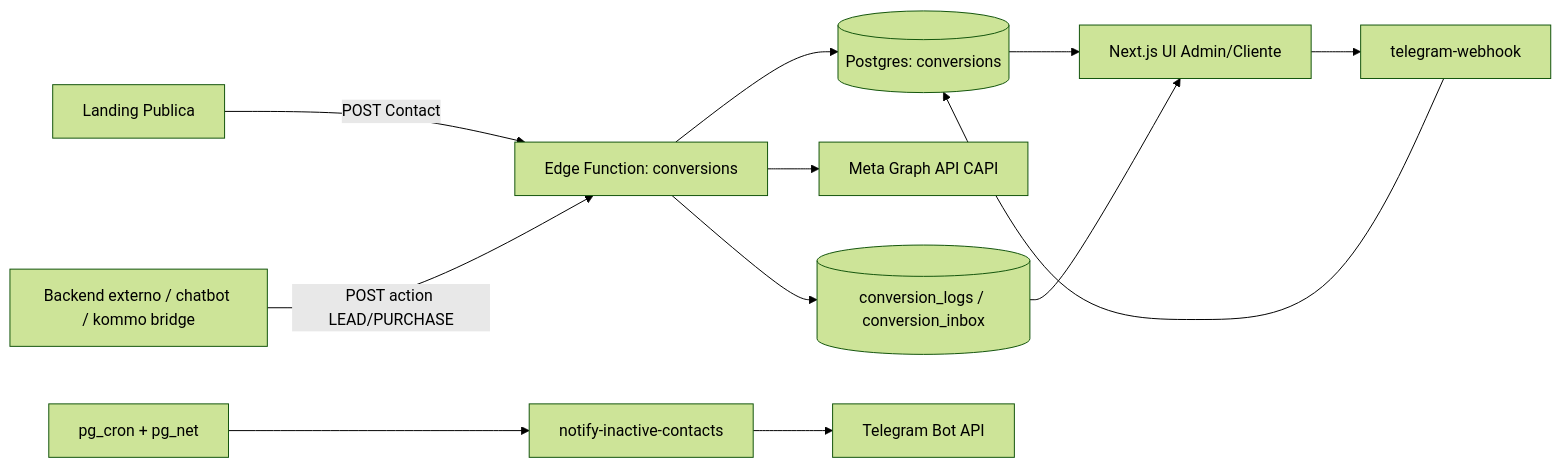
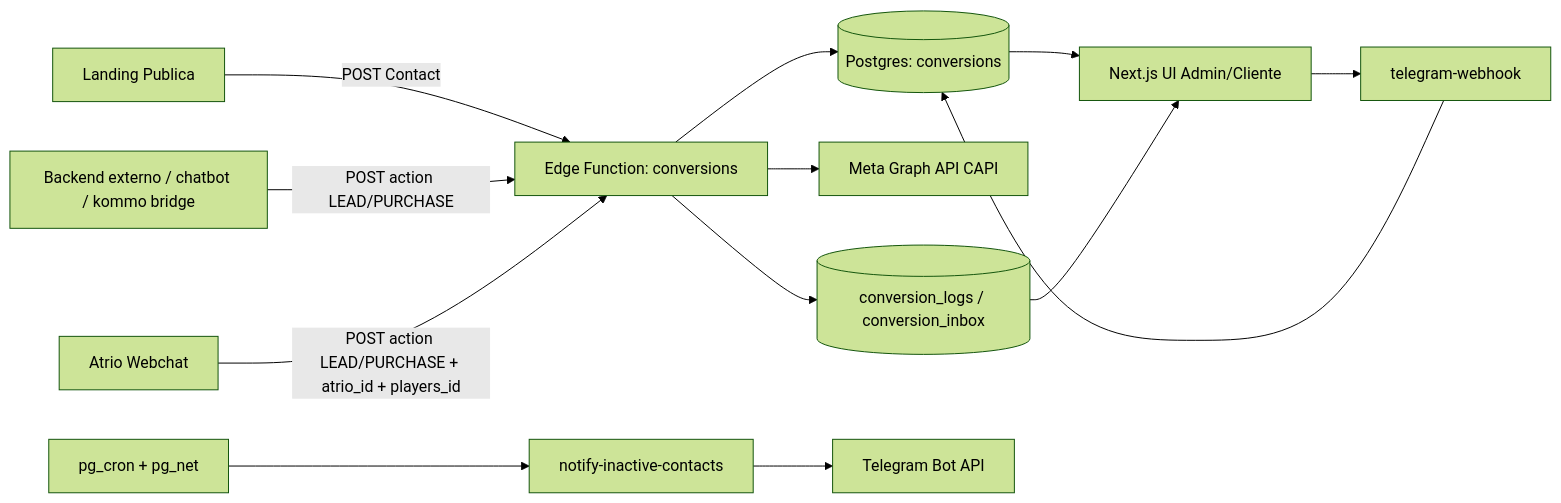
Before and after one commit to hamburglar00/landing_builder_v2: the first of 3 diagrams in README.md, drawn with Mermaid (forest theme). The commit also changed other lines of this file and 9 other files, not shown here.

Commit message:
Add Atrio players id tracking

````diff
--- a/README.md
+++ b/README.md
@@ -61,14 +63,15 @@
 ```mermaid
 flowchart LR
   A[Landing Publica] -->|POST Contact| B[Edge Function: conversions]
   X[Backend externo / chatbot / kommo bridge] -->|POST action LEAD/PURCHASE| B
+  Y[Atrio Webchat] -->|POST action LEAD/PURCHASE + atrio_id + players_id| B
   B --> C[(Postgres: conversions)]
   B --> D[Meta Graph API CAPI]
   B --> E[(conversion_logs / conversion_inbox)]
   C --> F[Next.js UI Admin/Cliente]
   E --> F
   G[pg_cron + pg_net] --> H[notify-inactive-contacts]
   H --> I[Telegram Bot API]
   J[telegram-webhook] --> C
   F --> J
 ```
````
